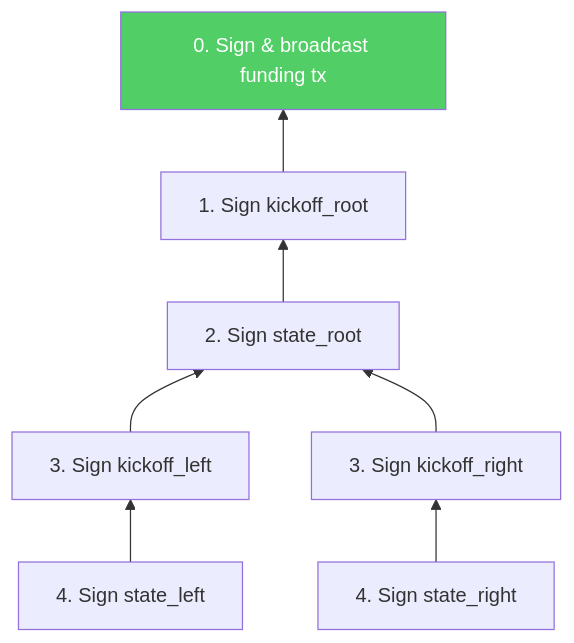
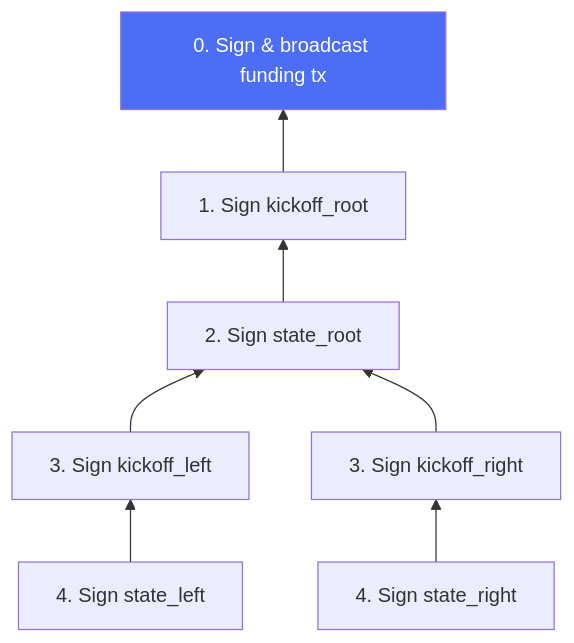
Before and after one commit to 8144225309/superscalar-docs: the third of 3 diagrams in how-it-works/building-a-factory.md, drawn with Mermaid. The commit also changed other lines of this file and 31 other files, not shown here.

````diff
--- a/how-it-works/building-a-factory.md
+++ b/how-it-works/building-a-factory.md
@@ -62,11 +62,11 @@
 ```mermaid
 flowchart BT
     SL["4. Sign state_left"] --> KL["3. Sign kickoff_left"]
     SRi["4. Sign state_right"] --> KRi["3. Sign kickoff_right"]
     KL --> SR["2. Sign state_root"]
     KRi --> SR
     SR --> KR["1. Sign kickoff_root"]
     KR --> F["0. Sign & broadcast funding tx"]
 
-    style F fill:#51cf66,color:#fff
+    style F fill:#4c6ef5,color:#fff
 ```
````
